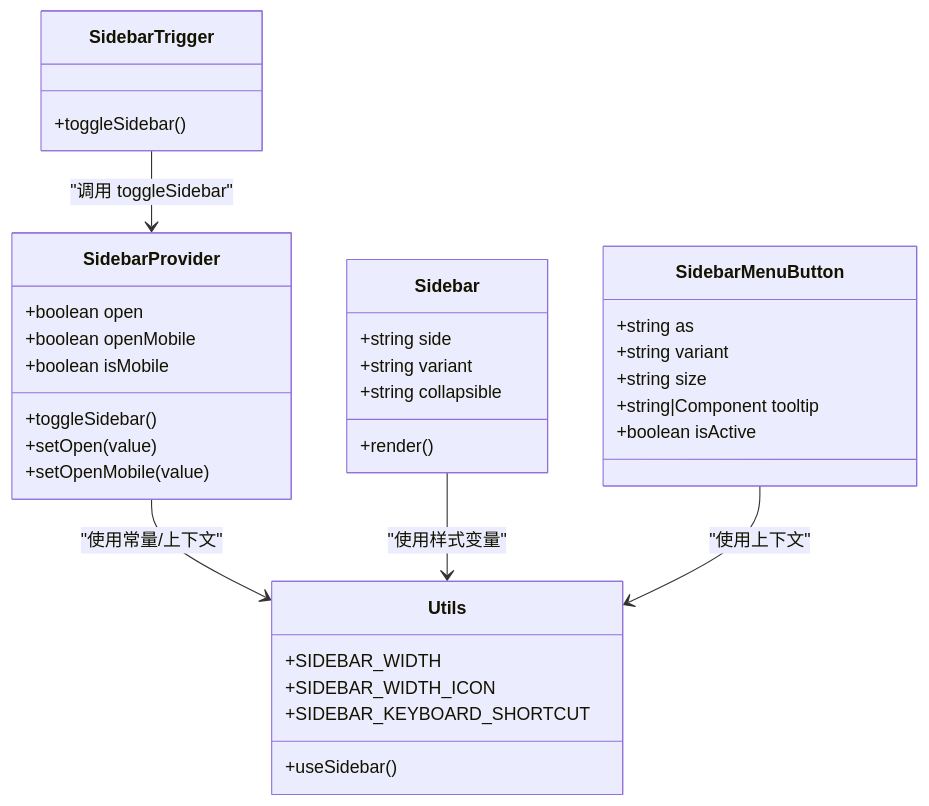
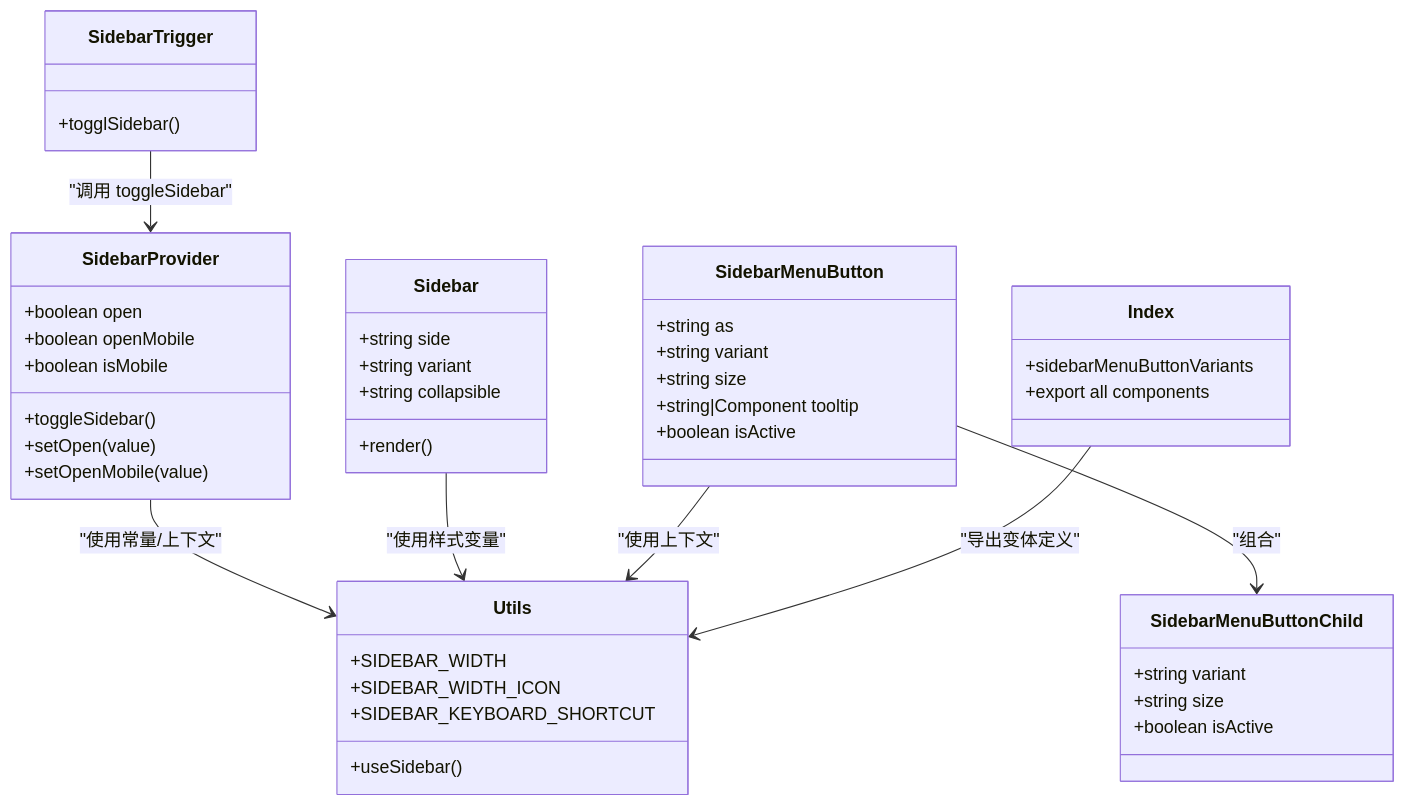
Before and after one commit to hipig/autoOps: the third of 3 diagrams in .qoder/repowiki/zh/content/UI组件/侧边栏组件.md, drawn with Mermaid. The commit also changed other lines of this file and 37 other files, not shown here.

````diff
--- a/.qoder/repowiki/zh/content/UI组件/侧边栏组件.md
+++ b/.qoder/repowiki/zh/content/UI组件/侧边栏组件.md
@@ -350,37 +397,48 @@
 ```mermaid
 classDiagram
 class SidebarProvider {
 +boolean open
 +boolean openMobile
 +boolean isMobile
 +toggleSidebar()
 +setOpen(value)
 +setOpenMobile(value)
 }
 class Sidebar {
 +string side
 +string variant
 +string collapsible
 +render()
 }
 class SidebarMenuButton {
 +string as
 +string variant
 +string size
 +string|Component tooltip
 +boolean isActive
 }
 class SidebarTrigger {
-+toggleSidebar()
++togglSidebar()
+}
+class SidebarMenuButtonChild {
++string variant
++string size
++boolean isActive
 }
 class Utils {
 +SIDEBAR_WIDTH
 +SIDEBAR_WIDTH_ICON
 +SIDEBAR_KEYBOARD_SHORTCUT
 +useSidebar()
 }
+class Index {
++sidebarMenuButtonVariants
++export all components
+}
 SidebarProvider --> Utils : "使用常量/上下文"
 Sidebar --> Utils : "使用样式变量"
 SidebarMenuButton --> Utils : "使用上下文"
+SidebarMenuButton --> SidebarMenuButtonChild : "组合"
 SidebarTrigger --> SidebarProvider : "调用 toggleSidebar"
+Index --> Utils : "导出变体定义"
 ```
````
